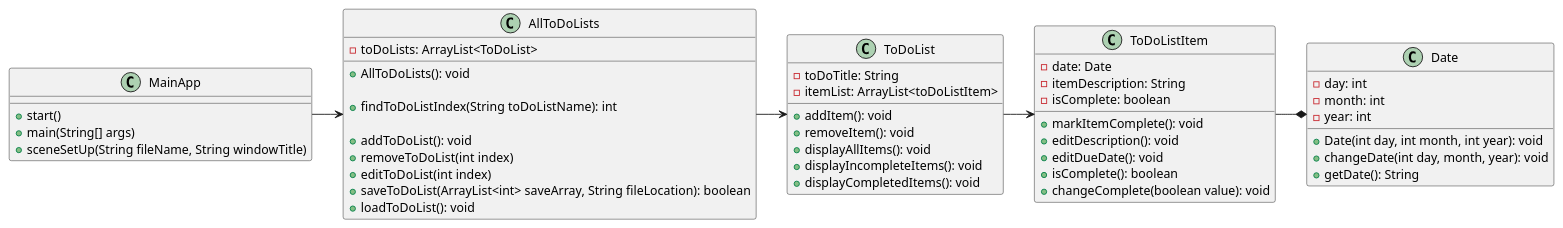
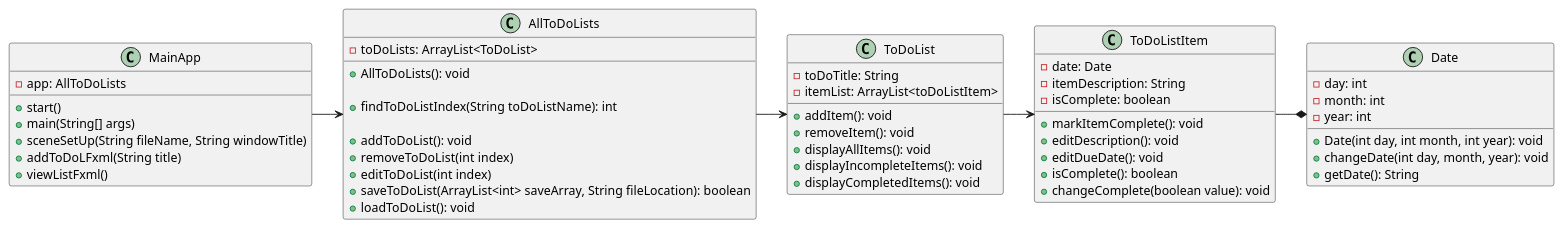
Before and after one commit to pothyn/davis-app-impl: the diagram in docs/diagram.puml, drawn with PlantUML. The commit also changed 15 other files, not shown here.

```diff
--- a/docs/diagram.puml
+++ b/docs/diagram.puml
@@ -1,74 +1,78 @@
 @startuml
 
 class MainApp {
 
+    -app: AllToDoLists
+
     +start()
     +main(String[] args)
     +sceneSetUp(String fileName, String windowTitle)
+    +addToDoLFxml(String title)
+    +viewListFxml()
 
 }
 
 class AllToDoLists {
 
     -toDoLists: ArrayList<ToDoList>
 
     +AllToDoLists(): void
 
     'helpful
     +findToDoListIndex(String toDoListName): int
 
     'required
     +addToDoList(): void
     +removeToDoList(int index)
     +editToDoList(int index)
     +saveToDoList(ArrayList<int> saveArray, String fileLocation): boolean
     +loadToDoList(): void
 
 }
 
 class ToDoList {
 
     -toDoTitle: String
     -itemList: ArrayList<toDoListItem>
 
     'required
     +addItem(): void
     +removeItem(): void
     +displayAllItems(): void
     +displayIncompleteItems(): void
     +displayCompletedItems(): void
 
 }
 
 class ToDoListItem {
 
     -date: Date
     -itemDescription: String
     -isComplete: boolean
 
     +markItemComplete(): void
     +editDescription(): void
     +editDueDate(): void
     +isComplete(): boolean
     +changeComplete(boolean value): void
 
 }
 
 class Date {
 
     -day: int
     -month: int
     -year: int
 
     +Date(int day, int month, int year): void
     +changeDate(int day, month, year): void
     +getDate(): String
 
 }
 
 MainApp -> AllToDoLists
 AllToDoLists -> ToDoList
 ToDoList -> ToDoListItem
 ToDoListItem -* Date
 
 @enduml
```
